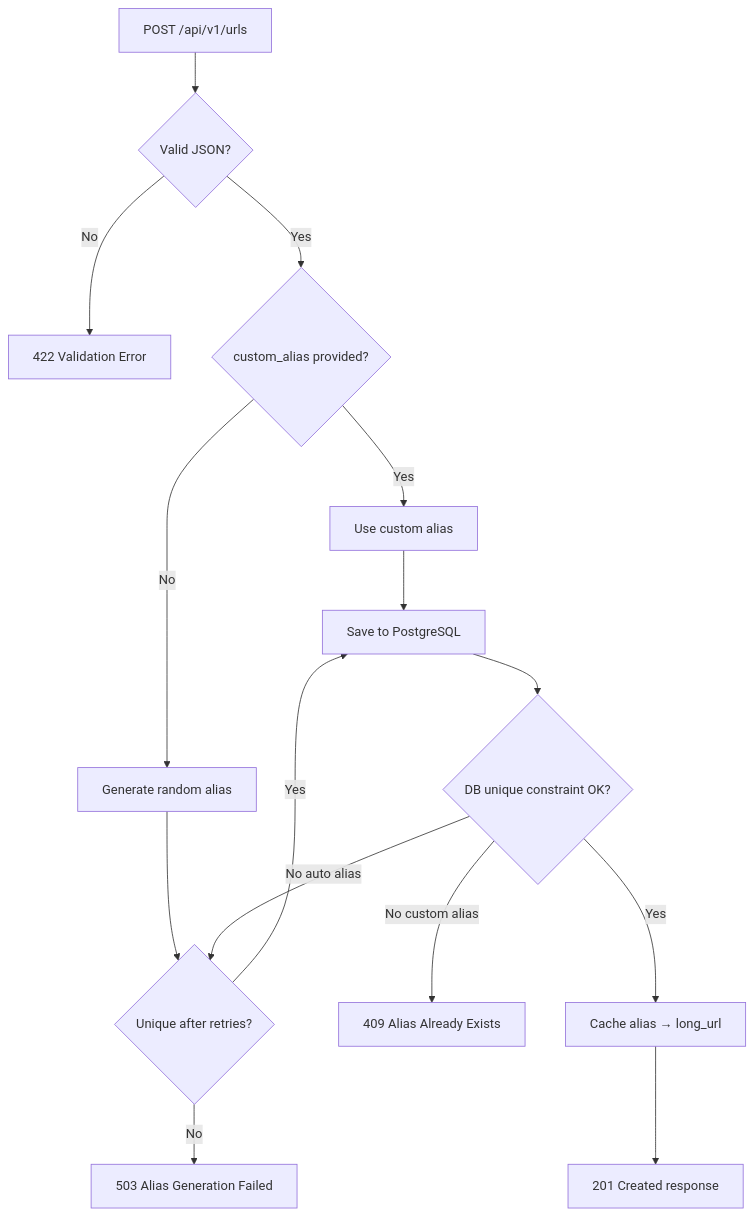
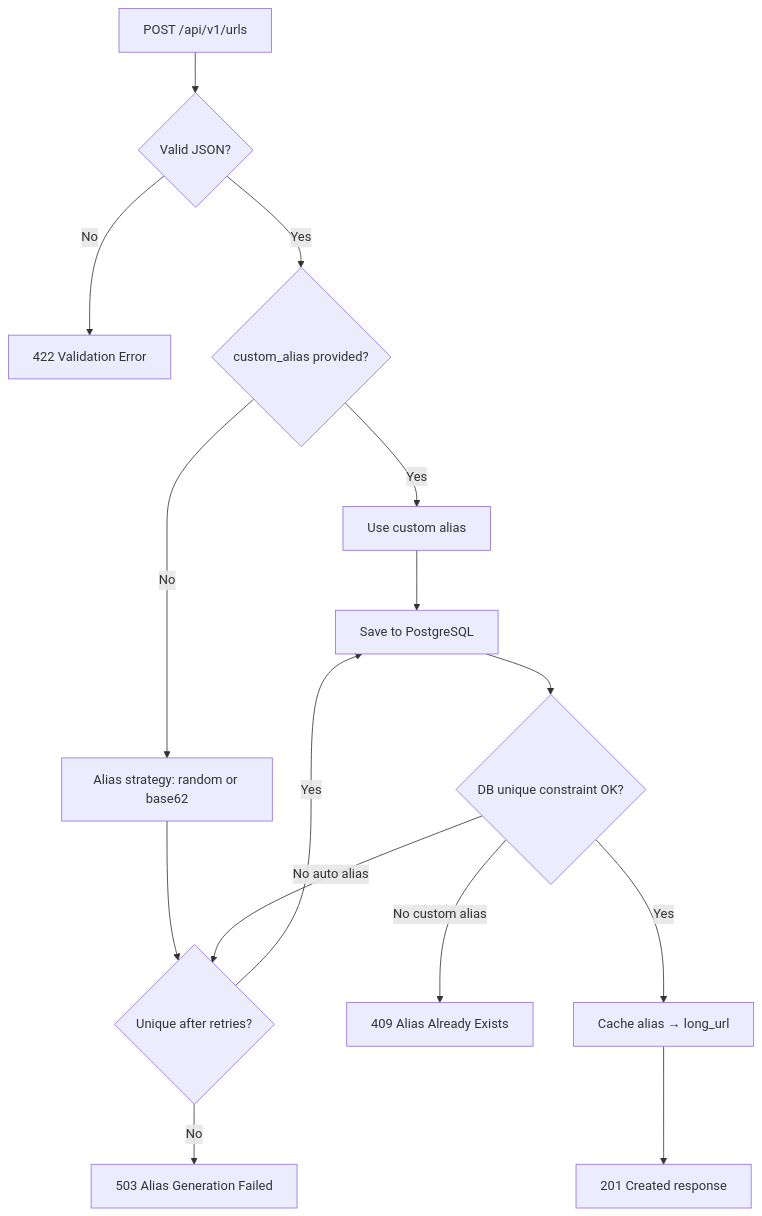
The third of 3 diagrams in README.md (ManideepLadi/url-shortener), drawn with Mermaid before and after one commit. The commit also changed other lines of this file and 13 other files, not shown here.

````diff
--- a/README.md
+++ b/README.md
@@ -143,17 +349,17 @@
 ```mermaid
 flowchart TD
     A[POST /api/v1/urls] --> B{Valid JSON?}
     B -->|No| E422[422 Validation Error]
     B -->|Yes| C{custom_alias provided?}
     C -->|Yes| D[Use custom alias]
-    C -->|No| F[Generate random alias]
+    C -->|No| F[Alias strategy: random or base62]
     D --> G[Save to PostgreSQL]
     F --> H{Unique after retries?}
     H -->|No| E503[503 Alias Generation Failed]
     H -->|Yes| G
     G --> I{DB unique constraint OK?}
     I -->|No custom alias| E409[409 Alias Already Exists]
     I -->|No auto alias| H
     I -->|Yes| J[Cache alias → long_url]
     J --> K[201 Created response]
 ```
````
